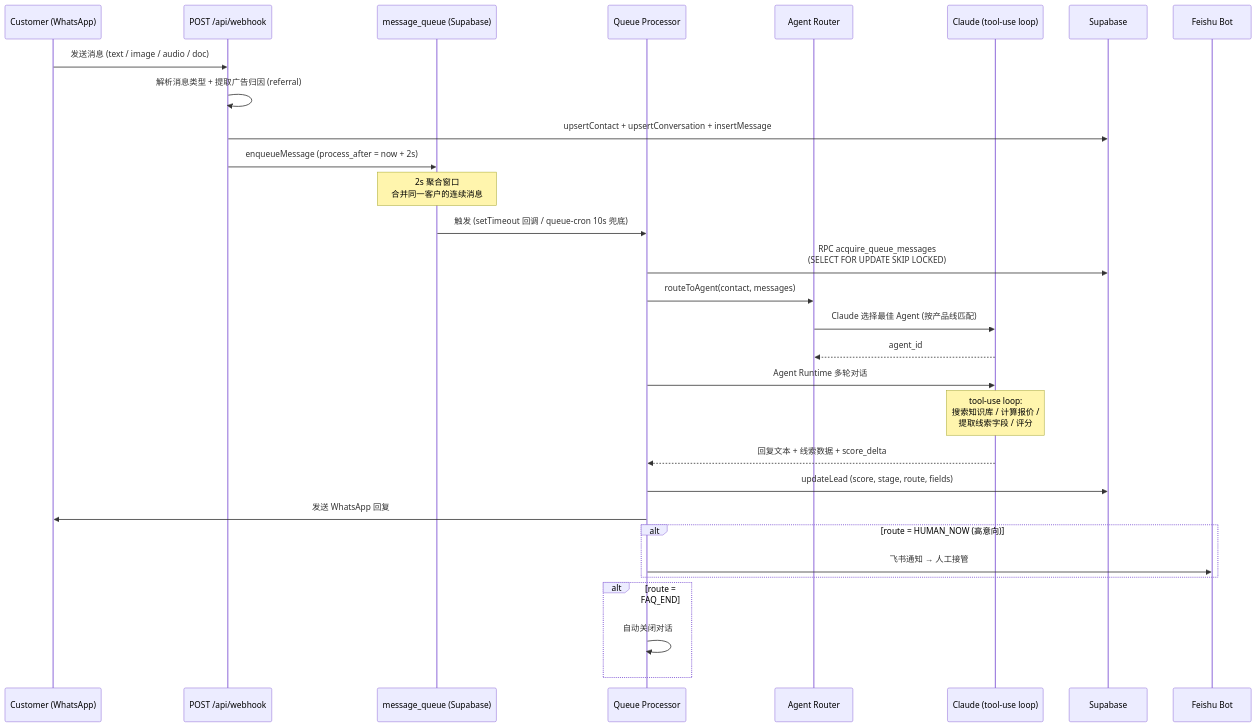
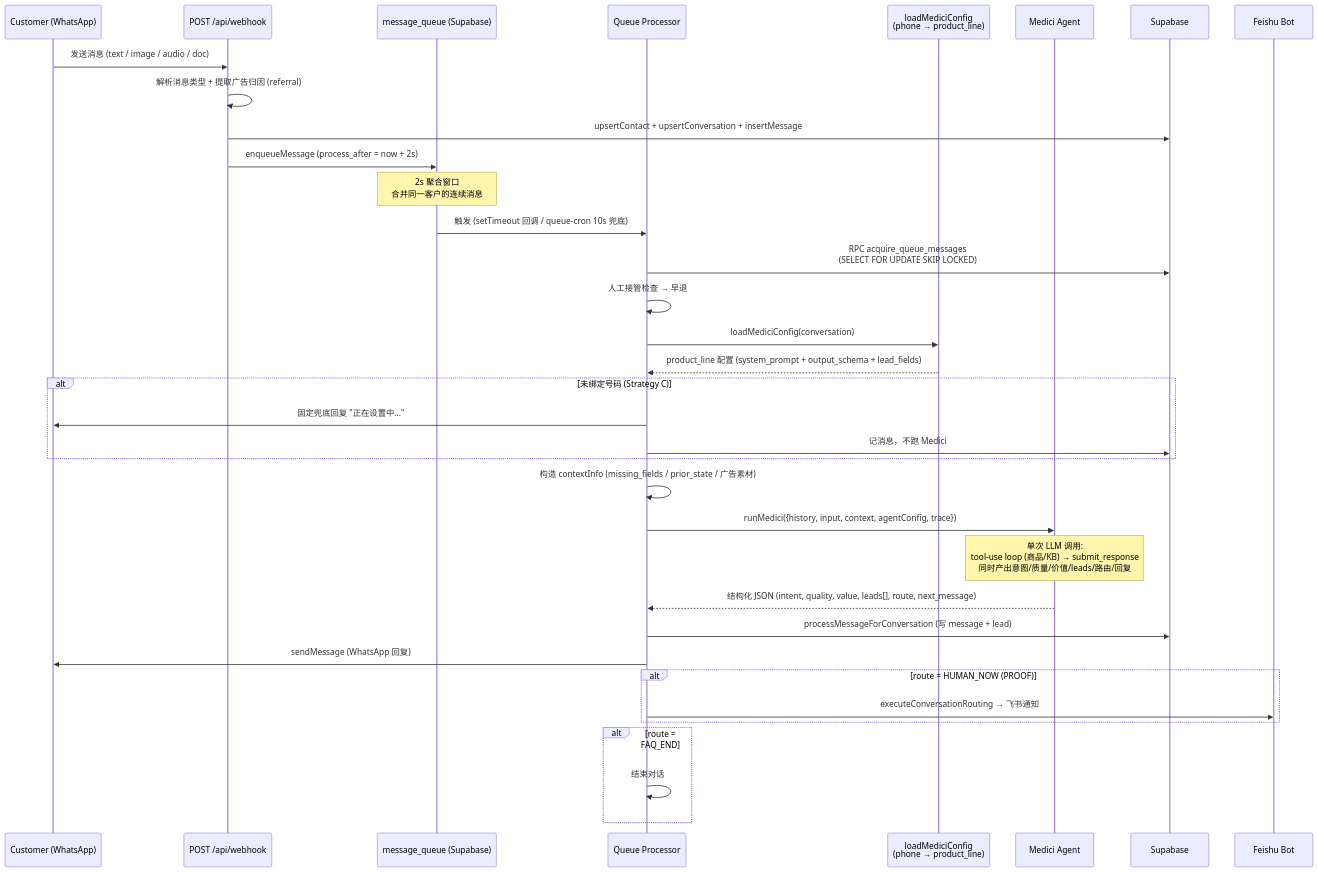
The second of 12 diagrams in README.md (Sciiaok/xuqiu-bot), drawn with Mermaid before and after one commit. The commit also changed other lines of this file and 124 other files, not shown here.

````diff
--- a/README.md
+++ b/README.md
@@ -230,39 +241,44 @@
 ```mermaid
 sequenceDiagram
     participant C as Customer (WhatsApp)
     participant WH as POST /api/webhook
     participant Q as message_queue (Supabase)
     participant QP as Queue Processor
-    participant AR as Agent Router
-    participant AI as Claude (tool-use loop)
+    participant PL as loadMediciConfig<br/>(phone → product_line)
+    participant Medici as Medici Agent
     participant DB as Supabase
     participant F as Feishu Bot
 
     C->>WH: 发送消息 (text / image / audio / doc)
     WH->>WH: 解析消息类型 + 提取广告归因 (referral)
     WH->>DB: upsertContact + upsertConversation + insertMessage
     WH->>Q: enqueueMessage (process_after = now + 2s)
 
     Note over Q: 2s 聚合窗口<br/>合并同一客户的连续消息
 
     Q->>QP: 触发 (setTimeout 回调 / queue-cron 10s 兜底)
     QP->>DB: RPC acquire_queue_messages<br/>(SELECT FOR UPDATE SKIP LOCKED)
-    QP->>AR: routeToAgent(contact, messages)
-    AR->>AI: Claude 选择最佳 Agent (按产品线匹配)
-    AI-->>AR: agent_id
+    QP->>QP: 人工接管检查 → 早退
+    QP->>PL: loadMediciConfig(conversation)
+    PL-->>QP: product_line 配置 (system_prompt + output_schema + lead_fields)
+    alt 未绑定号码 (Strategy C)
+        QP->>C: 固定兜底回复 "正在设置中..."
+        QP->>DB: 记消息，不跑 Medici
+    end
+    QP->>QP: 构造 contextInfo (missing_fields / prior_state / 广告素材)
 
-    QP->>AI: Agent Runtime 多轮对话
-    Note over AI: tool-use loop:<br/>搜索知识库 / 计算报价 /<br/>提取线索字段 / 评分
+    QP->>Medici: runMedici({history, input, context, agentConfig, trace})
+    Note over Medici: 单次 LLM 调用:<br/>tool-use loop (商品/KB) → submit_response<br/>同时产出意图/质量/价值/leads/路由/回复
 
-    AI-->>QP: 回复文本 + 线索数据 + score_delta
+    Medici-->>QP: 结构化 JSON (intent, quality, value, leads[], route, next_message)
 
-    QP->>DB: updateLead (score, stage, route, fields)
-    QP->>C: 发送 WhatsApp 回复
+    QP->>DB: processMessageForConversation (写 message + lead)
+    QP->>C: sendMessage (WhatsApp 回复)
 
-    alt route = HUMAN_NOW (高意向)
-        QP->>F: 飞书通知 → 人工接管
+    alt route = HUMAN_NOW (PROOF)
+        QP->>F: executeConversationRouting → 飞书通知
     end
     alt route = FAQ_END
-        QP->>QP: 自动关闭对话
+        QP->>QP: 结束对话
     end
 ```
````
